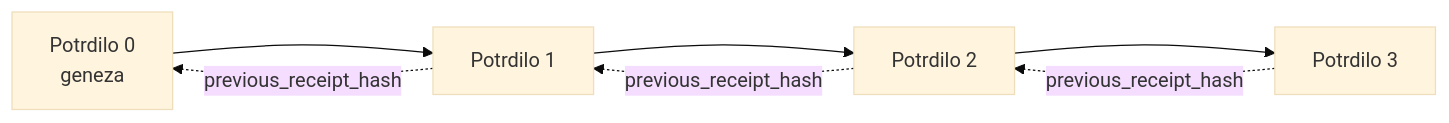
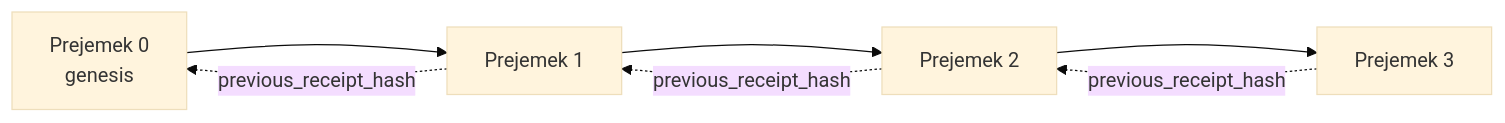
Before and after one commit to microsoft/ai-agents-for-beginners: the second of 2 diagrams in translations/sl/18-securing-ai-agents/README.md, drawn with Mermaid (base theme). The commit also changed other lines of this file and 47 other files, not shown here.

````diff
--- a/translations/sl/18-securing-ai-agents/README.md
+++ b/translations/sl/18-securing-ai-agents/README.md
@@ -206,9 +203,9 @@
 ```mermaid
 flowchart LR
-    R0[Potrdilo 0<br/>geneza] --> R1[Potrdilo 1]
-    R1 --> R2[Potrdilo 2]
-    R2 --> R3[Potrdilo 3]
+    R0[Prejemek 0<br/>genesis] --> R1[Prejemek 1]
+    R1 --> R2[Prejemek 2]
+    R2 --> R3[Prejemek 3]
     R1 -. previous_receipt_hash .-> R0
     R2 -. previous_receipt_hash .-> R1
     R3 -. previous_receipt_hash .-> R2
 ```
````
